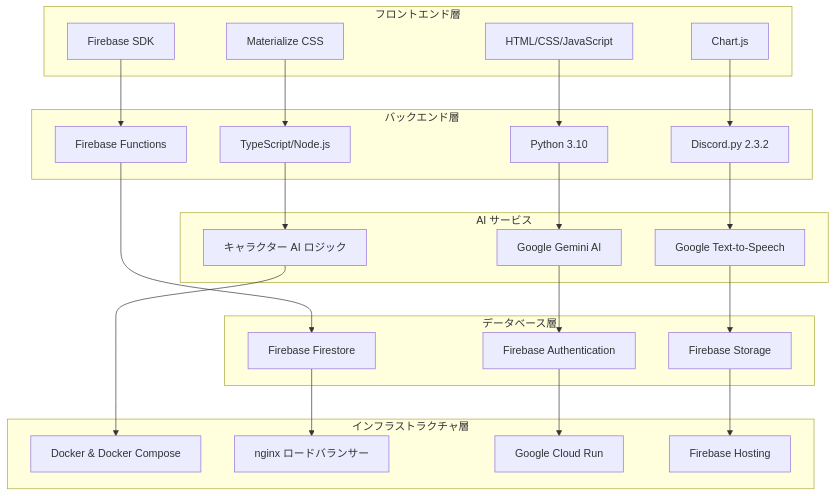
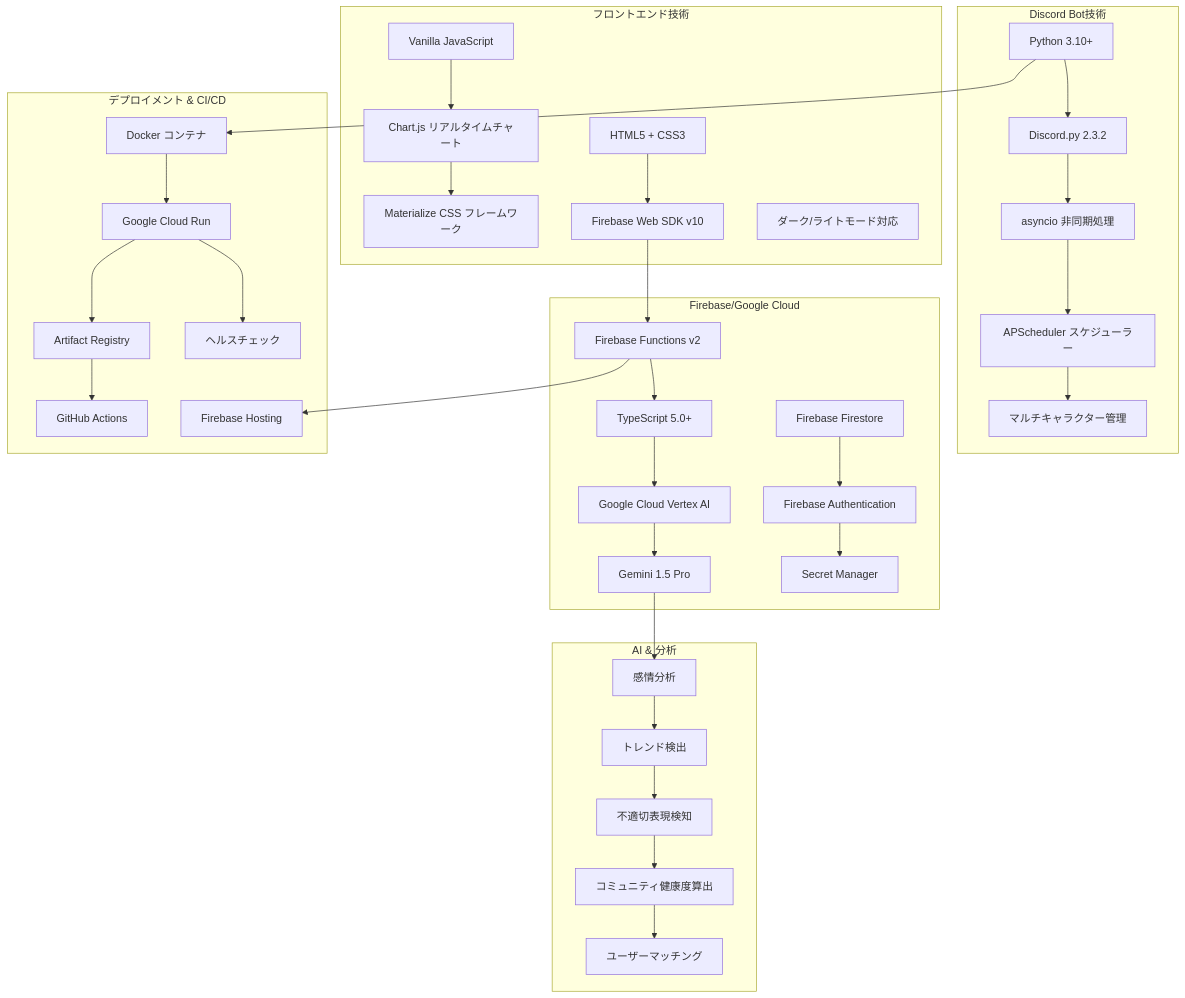
One commit to kozyszoo/commupro-guild changed the fourth of 7 diagrams in system_structure.md. Above: the diagram before and after it, drawn with Mermaid. The commit also changed other lines of this file, not shown here.

First line of the commit message:
調査: Discord botのソース解析完了

````diff
--- a/system_structure.md
+++ b/system_structure.md
@@ -218,50 +291,76 @@
 ```mermaid
 graph TD
-    subgraph "フロントエンド層"
-        A[HTML/CSS/JavaScript]
-        B[Chart.js]
-        C[Materialize CSS]
-        D[Firebase SDK]
+    subgraph "フロントエンド技術"
+        A[HTML5 + CSS3]
+        B[Vanilla JavaScript]
+        C[Chart.js リアルタイムチャート]
+        D[Materialize CSS フレームワーク]
+        E[Firebase Web SDK v10]
+        F[ダーク/ライトモード対応]
     end
     
-    subgraph "バックエンド層"
-        E[Python 3.10]
-        F[Discord.py 2.3.2]
-        G[TypeScript/Node.js]
-        H[Firebase Functions]
+    subgraph "Discord Bot技術"
+        G[Python 3.10+]
+        H[Discord.py 2.3.2]
+        I[asyncio 非同期処理]
+        J[APScheduler スケジューラー]
+        K[マルチキャラクター管理]
     end
     
-    subgraph "AI サービス"
-        I[Google Gemini AI]
-        J[Google Text-to-Speech]
-        K[キャラクター AI ロジック]
+    subgraph "Firebase/Google Cloud"
+        L[Firebase Functions v2]
+        M[TypeScript 5.0+]
+        N[Google Cloud Vertex AI]
+        O[Gemini 1.5 Pro]
+        P[Firebase Firestore]
+        Q[Firebase Authentication]
+        R[Secret Manager]
     end
     
-    subgraph "データベース層"
-        L[Firebase Firestore]
-        M[Firebase Authentication]
-        N[Firebase Storage]
+    subgraph "AI & 分析"
+        S[感情分析]
+        T[トレンド検出]
+        U[不適切表現検知]
+        V[コミュニティ健康度算出]
+        W[ユーザーマッチング]
     end
     
-    subgraph "インフラストラクチャ層"
-        O[Docker & Docker Compose]
-        P[nginx ロードバランサー]
-        Q[Google Cloud Run]
-        R[Firebase Hosting]
+    subgraph "デプロイメント & CI/CD"
+        X[Docker コンテナ]
+        Y[Google Cloud Run]
+        Z[Artifact Registry]
+        AA[GitHub Actions]
+        BB[Firebase Hosting]
+        CC[ヘルスチェック]
     end
 
     A --> E
-    B --> F
-    C --> G
-    D --> H
-    E --> I
-    F --> J
-    G --> K
-    H --> L
-    I --> M
-    J --> N
-    K --> O
-    L --> P
-    M --> Q
-    N --> R
+    B --> C
+    C --> D
+    E --> L
+    
+    G --> H
+    H --> I
+    I --> J
+    J --> K
+    
+    L --> M
+    M --> N
+    N --> O
+    O --> S
+    
+    P --> Q
+    Q --> R
+    
+    S --> T
+    T --> U
+    U --> V
+    V --> W
+    
+    G --> X
+    X --> Y
+    Y --> Z
+    Z --> AA
+    L --> BB
+    Y --> CC
 ```
````
